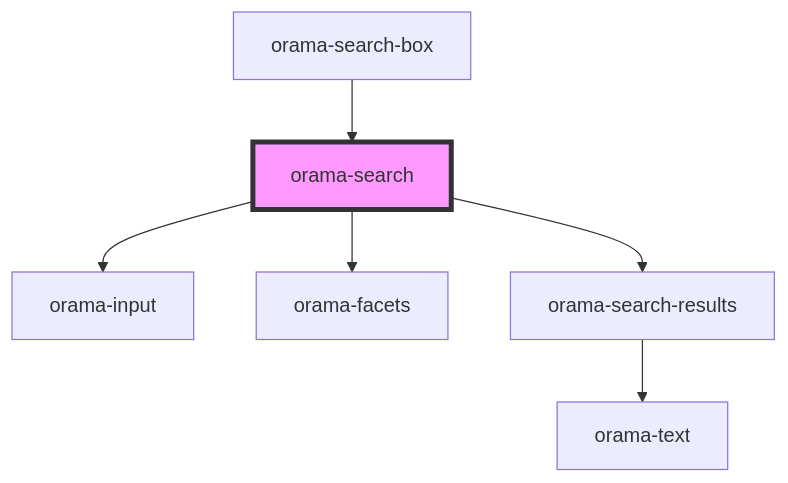
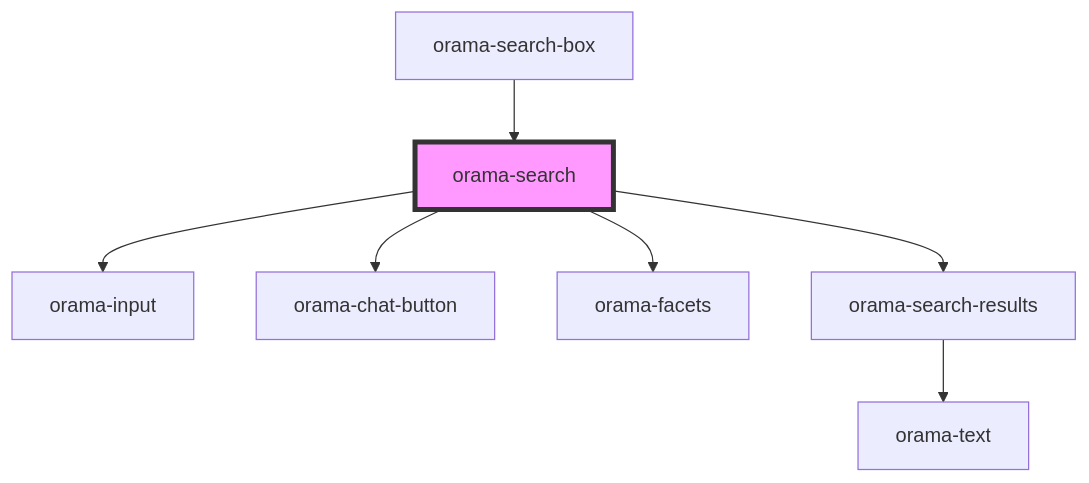
Before and after one commit to askorama/orama-ui-components: the diagram in packages/ui-stencil/src/components/internal/orama-search/readme.md, drawn with Mermaid. The commit also changed other lines of this file and 9 other files, not shown here.

````diff
--- a/packages/ui-stencil/src/components/internal/orama-search/readme.md
+++ b/packages/ui-stencil/src/components/internal/orama-search/readme.md
@@ -21,9 +22,10 @@
 ```mermaid
 graph TD;
   orama-search --> orama-input
+  orama-search --> orama-chat-button
   orama-search --> orama-facets
   orama-search --> orama-search-results
   orama-search-results --> orama-text
   orama-search-box --> orama-search
   style orama-search fill:#f9f,stroke:#333,stroke-width:4px
 ```
````
